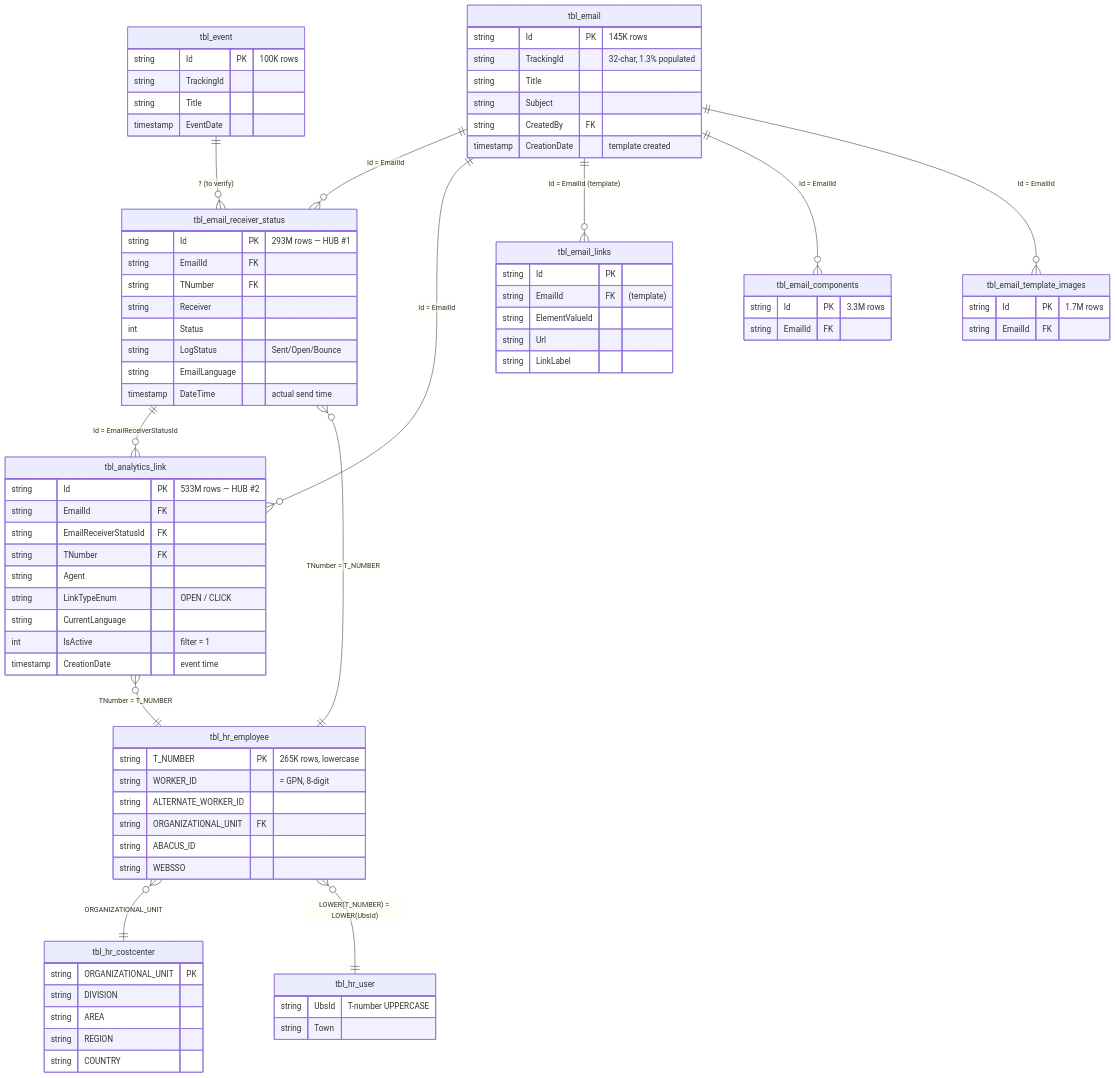
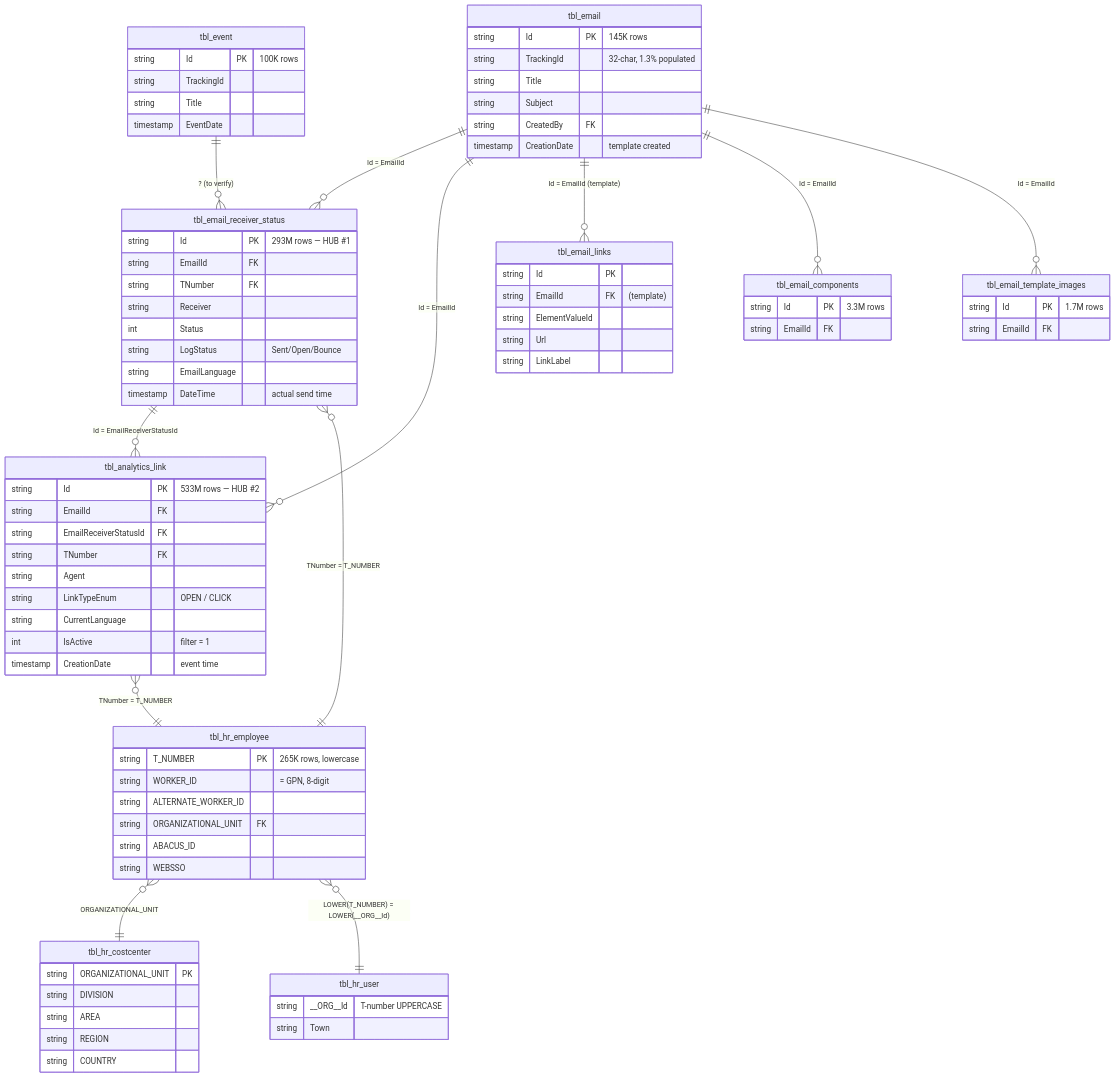
Before and after one commit to dallmi/Databricks: the diagram in docs/diagrams/er_imep_bronze.md, drawn with Mermaid. The commit also changed 85 other files, not shown here.

````diff
--- a/docs/diagrams/er_imep_bronze.md
+++ b/docs/diagrams/er_imep_bronze.md
@@ -17,7 +17,7 @@
     tbl_email_receiver_status }o--|| tbl_hr_employee           : "TNumber = T_NUMBER"
     tbl_analytics_link        }o--|| tbl_hr_employee           : "TNumber = T_NUMBER"
     tbl_hr_employee           }o--|| tbl_hr_costcenter         : "ORGANIZATIONAL_UNIT"
-    tbl_hr_employee           }o--|| tbl_hr_user               : "LOWER(T_NUMBER) = LOWER(UbsId)"
+    tbl_hr_employee           }o--|| tbl_hr_user               : "LOWER(T_NUMBER) = LOWER(__ORG__Id)"
     tbl_event                 ||--o{ tbl_email_receiver_status : "? (to verify)"
 
     tbl_email {
@@ -86,7 +86,7 @@
         string COUNTRY
     }
     tbl_hr_user {
-        string UbsId "T-number UPPERCASE"
+        string __ORG__Id "T-number UPPERCASE"
         string Town
     }
 ```
````
